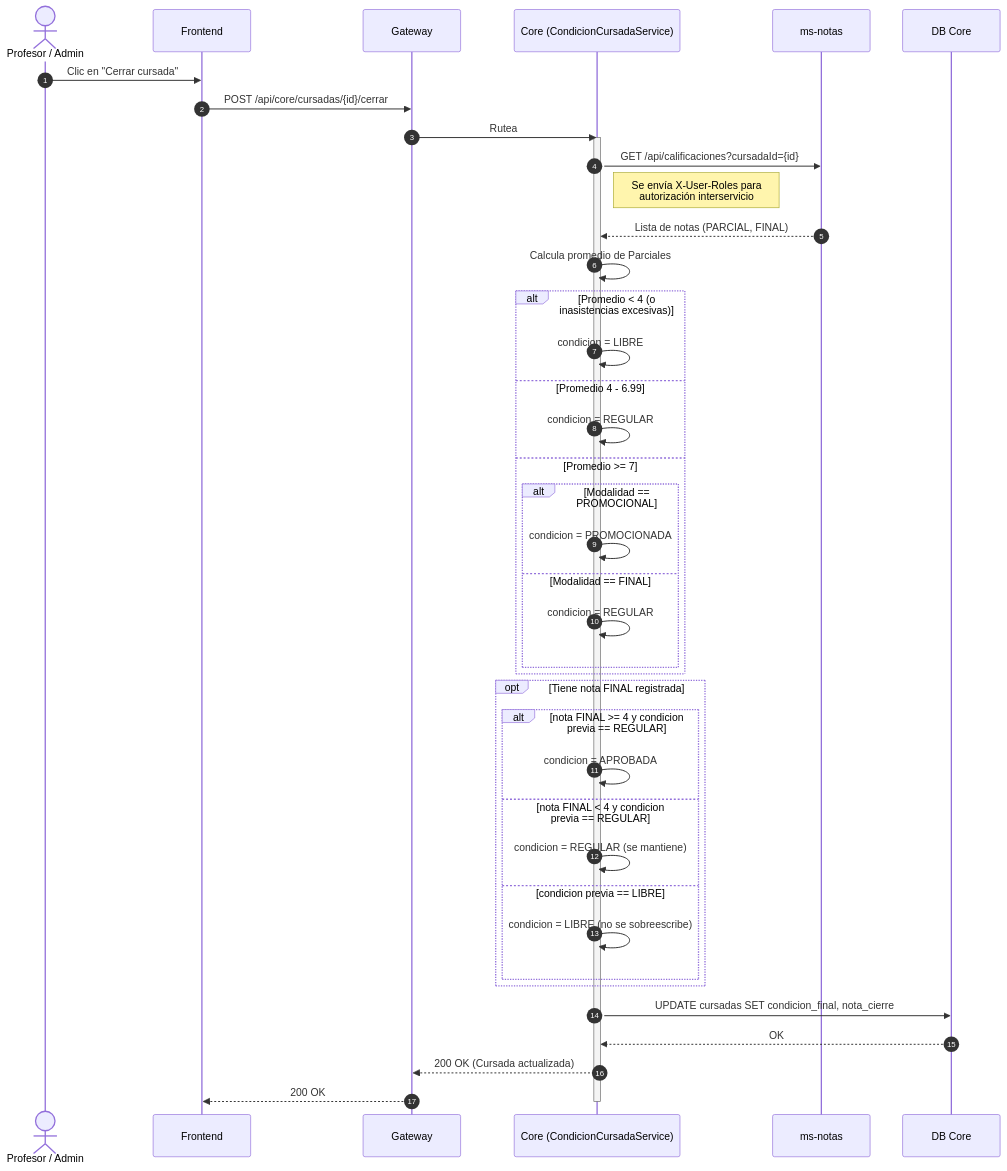
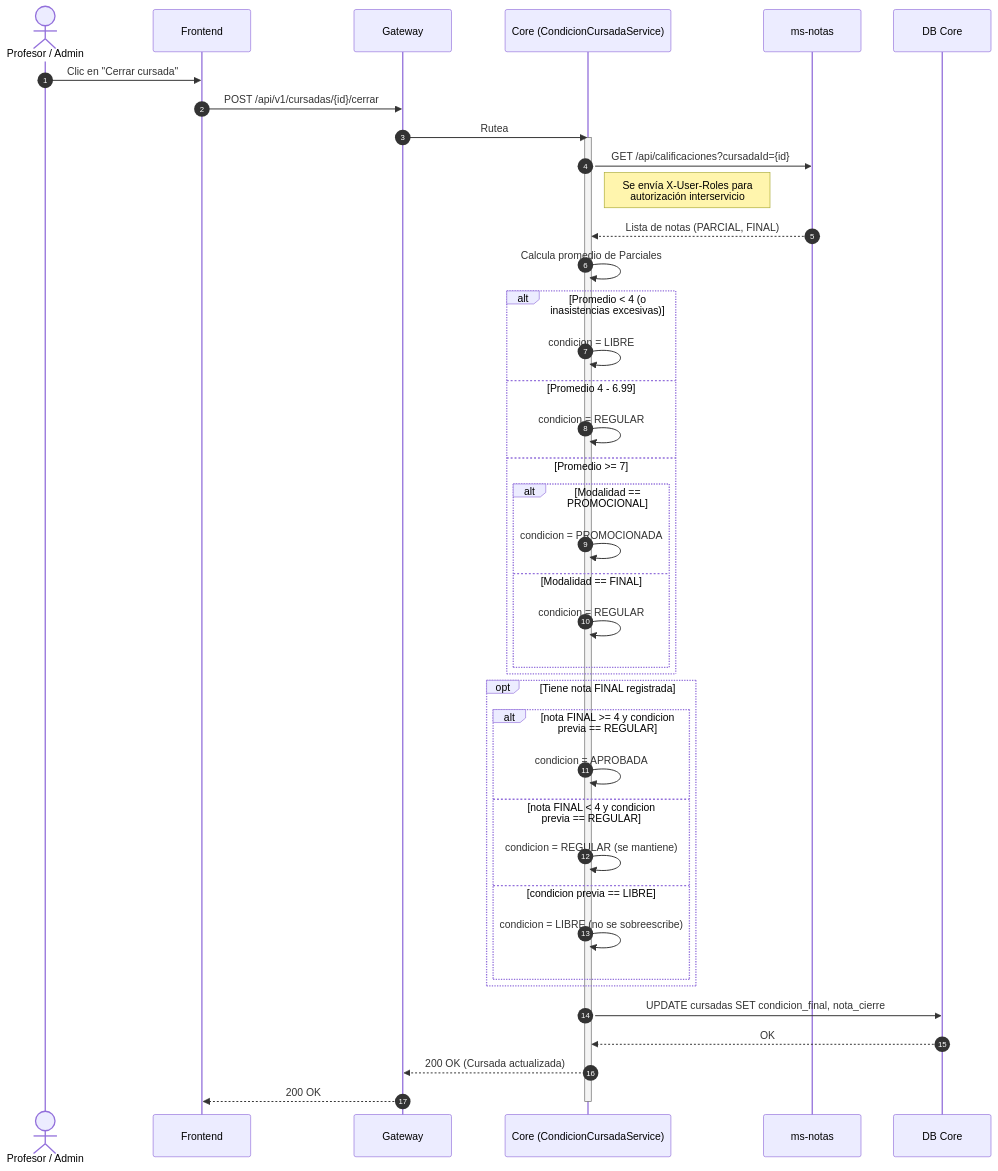
One commit to JuancaSterba/web-2026-itec changed the second of 2 diagrams in docs/03.30-Diagrama_Secuencia_Notas.md. Above: the diagram before and after it, drawn with Mermaid. The commit also changed other lines of this file and 38 other files, not shown here.

First line of the commit message:
feat(gateway): exponer el contrato publico bajo /api/v1/** (#40)

````diff
--- a/docs/03.30-Diagrama_Secuencia_Notas.md
+++ b/docs/03.30-Diagrama_Secuencia_Notas.md
@@ -43,49 +43,49 @@
 ```mermaid
 sequenceDiagram
     autonumber
     actor Docente as Profesor / Admin
     participant Frontend
     participant Gateway
     participant Core as Core (CondicionCursadaService)
     participant MS_Notas as ms-notas
     participant DB_Core as DB Core
 
     Docente->>Frontend: Clic en "Cerrar cursada"
-    Frontend->>Gateway: POST /api/core/cursadas/{id}/cerrar
+    Frontend->>Gateway: POST /api/v1/cursadas/{id}/cerrar
     Gateway->>Core: Rutea
     
     activate Core
     Core->>MS_Notas: GET /api/calificaciones?cursadaId={id}
     Note right of Core: Se envía X-User-Roles para<br>autorización interservicio
     MS_Notas-->>Core: Lista de notas (PARCIAL, FINAL)
     
     Core->>Core: Calcula promedio de Parciales
     
     alt Promedio < 4 (o inasistencias excesivas)
         Core->>Core: condicion = LIBRE
     else Promedio 4 - 6.99
         Core->>Core: condicion = REGULAR
     else Promedio >= 7
         alt Modalidad == PROMOCIONAL
             Core->>Core: condicion = PROMOCIONADA
         else Modalidad == FINAL
             Core->>Core: condicion = REGULAR
         end
     end
     
     opt Tiene nota FINAL registrada
         alt nota FINAL >= 4 y condicion previa == REGULAR
             Core->>Core: condicion = APROBADA
         else nota FINAL < 4 y condicion previa == REGULAR
             Core->>Core: condicion = REGULAR (se mantiene)
         else condicion previa == LIBRE
             Core->>Core: condicion = LIBRE (no se sobreescribe)
         end
     end
     
     Core->>DB_Core: UPDATE cursadas SET condicion_final, nota_cierre
     DB_Core-->>Core: OK
     Core-->>Gateway: 200 OK (Cursada actualizada)
     Gateway-->>Frontend: 200 OK
     deactivate Core
 ```
````
